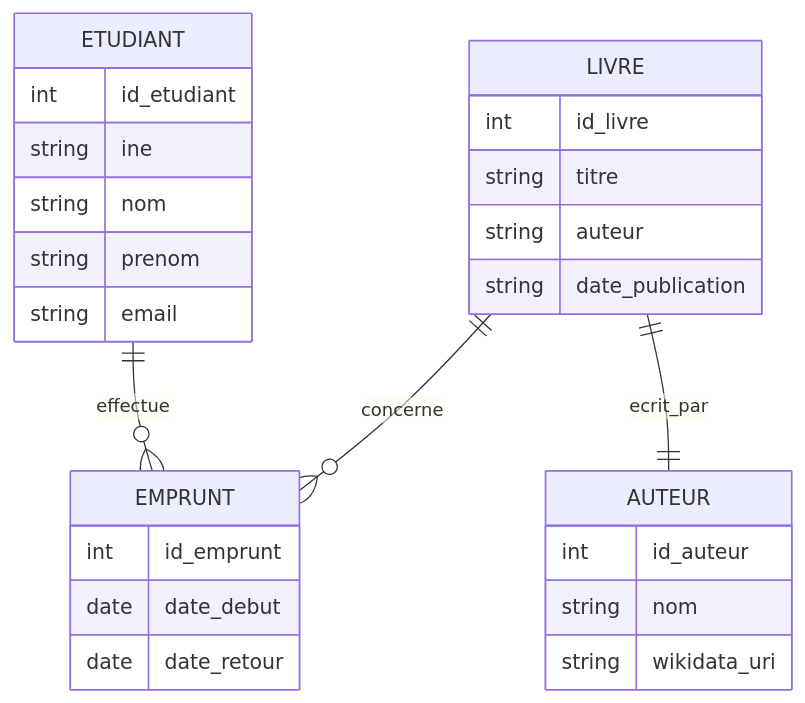
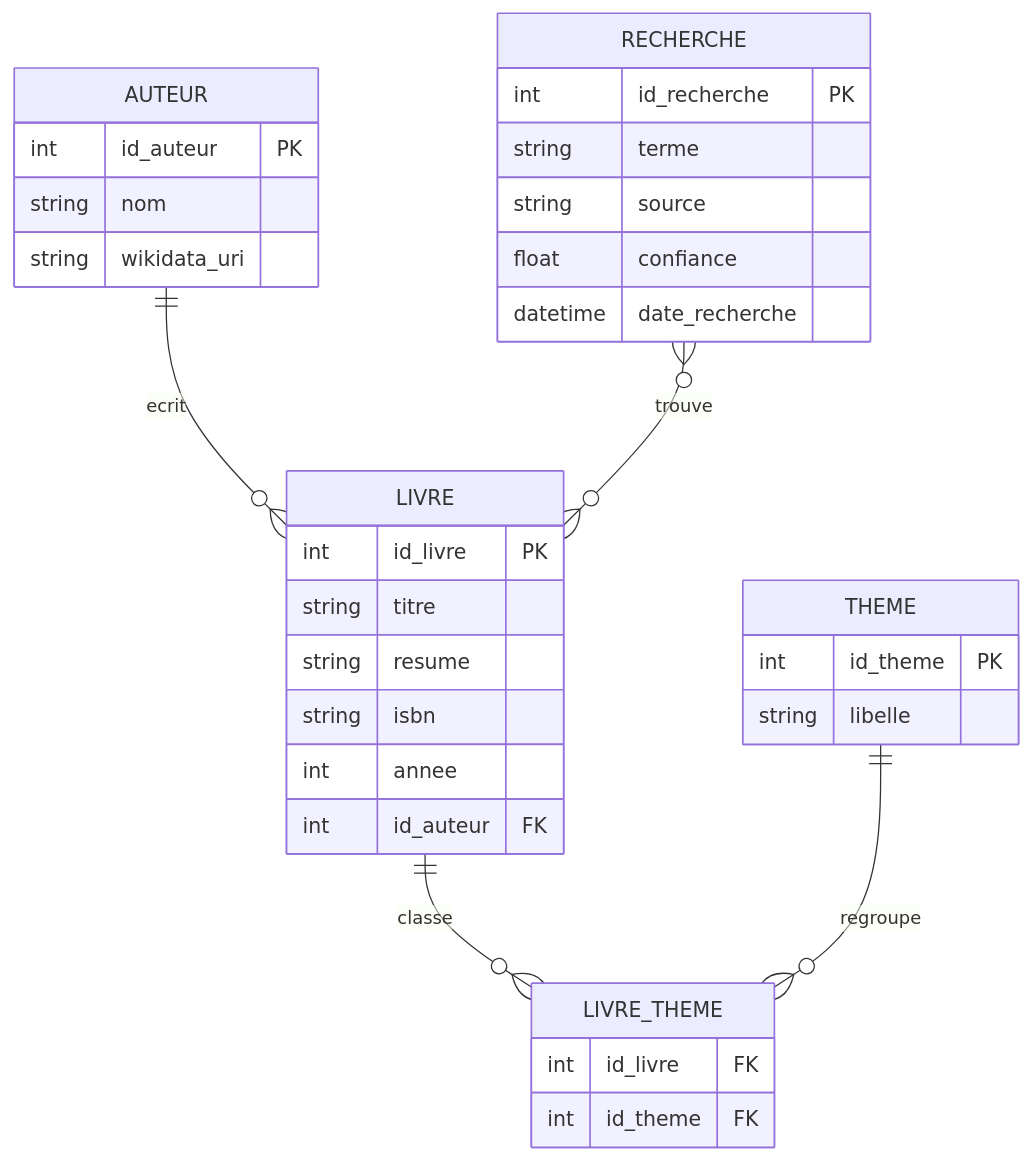
Before and after one commit to simohamedK/Biblioth-que-tudiante-Connect-e: the diagram in README.md, drawn with Mermaid. The commit also changed other lines of this file and 1 other file, not shown here.

````diff
--- a/README.md
+++ b/README.md
@@ -49,31 +49,36 @@
 ```mermaid
 erDiagram
-   ETUDIANT {
-        int id_etudiant
-        string ine
-        string nom
-        string prenom
-        string email
-    }
-    LIVRE {
-        int id_livre
-        string titre
-        string auteur
-        string date_publication
-    }
-    EMPRUNT {
-        int id_emprunt
-        date date_debut
-        date date_retour
-    }
+  LIVRE {
+    int id_livre PK
+    string titre
+    string resume
+    string isbn
+    int annee
+    int id_auteur FK
+  }
+  AUTEUR {
+    int id_auteur PK
+    string nom
+    string wikidata_uri
+  }
+  THEME {
+    int id_theme PK
+    string libelle
+  }
+  LIVRE_THEME {
+    int id_livre FK
+    int id_theme FK
+  }
+  RECHERCHE {
+    int id_recherche PK
+    string terme
+    string source
+    float confiance
+    datetime date_recherche
+  }
 
-    ETUDIANT ||--o{ EMPRUNT : effectue
-    LIVRE ||--o{ EMPRUNT : concerne
-    LIVRE ||--|| AUTEUR : ecrit_par
-
-    AUTEUR {
-        int id_auteur
-        string nom
-        string wikidata_uri
-    }
+  AUTEUR ||--o{ LIVRE : ecrit
+  LIVRE ||--o{ LIVRE_THEME : classe
+  THEME ||--o{ LIVRE_THEME : regroupe
+  RECHERCHE }o--o{ LIVRE : trouve
 ```
````
